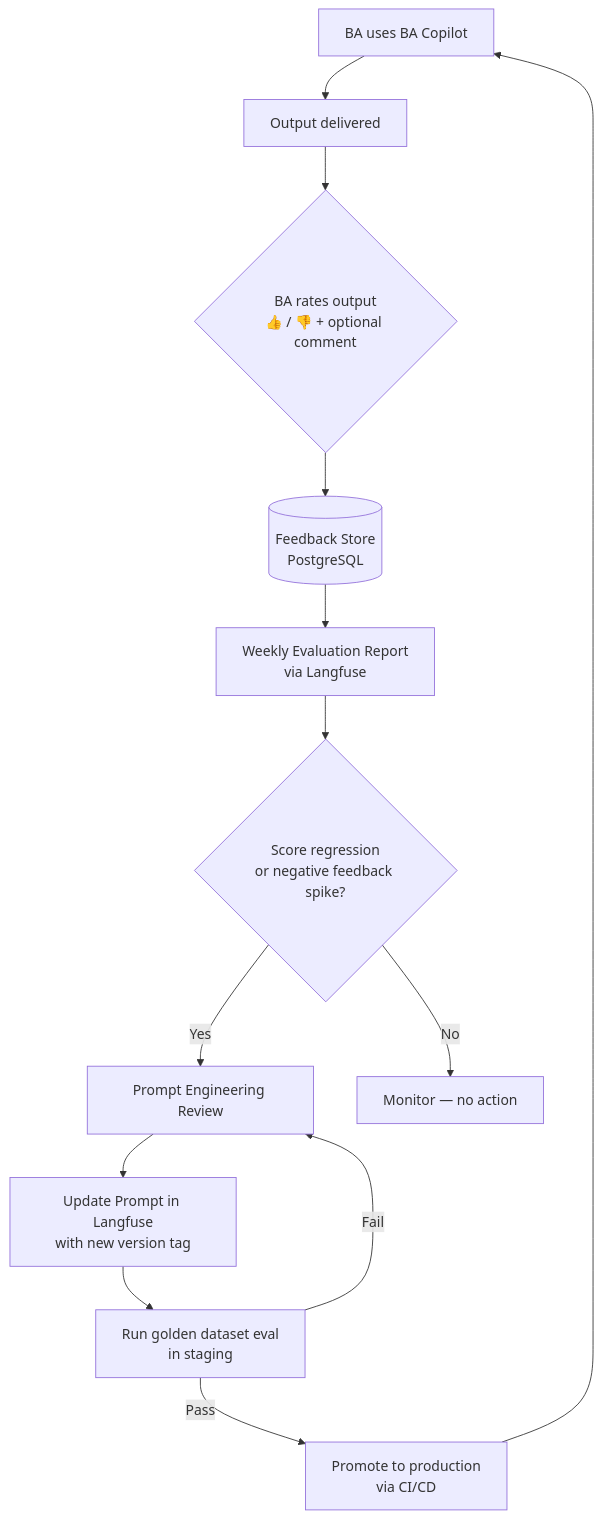
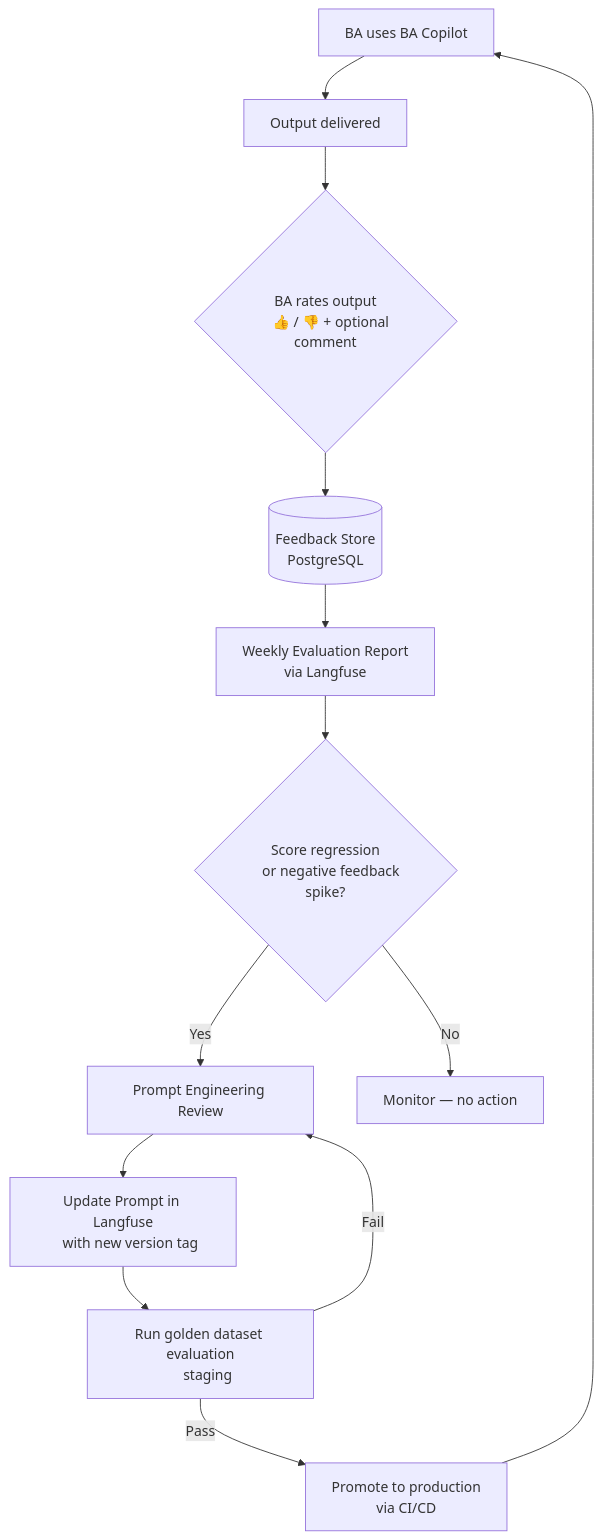
Before and after one commit to hunsnowboarder/ApPello_GenAI_assignment: the seventh of 12 diagrams in Task_A.md, drawn with Mermaid. The commit also changed other lines of this file, not shown here.

````diff
--- a/Task_A.md
+++ b/Task_A.md
@@ -350,15 +350,22 @@
 ```mermaid
 flowchart TD
     A[BA uses BA Copilot] --> B[Output delivered]
-    B --> C{BA rates output\n👍 / 👎 + optional comment}
-    C --> D[(Feedback Store\nPostgreSQL)]
-    D --> E[Weekly Evaluation Report\nvia Langfuse]
-    E --> F{Score regression\nor negative feedback spike?}
+    B --> C{BA rates output
+    👍 / 👎 + optional comment}
+    C --> D[(Feedback Store
+    PostgreSQL)]
+    D --> E[Weekly Evaluation Report
+    via Langfuse]
+    E --> F{Score regression
+    or negative feedback spike?}
     F -->|Yes| G[Prompt Engineering Review]
     F -->|No| H[Monitor — no action]
-    G --> I[Update Prompt in Langfuse\nwith new version tag]
-    I --> J[Run golden dataset eval\nin staging]
-    J -->|Pass| K[Promote to production\nvia CI/CD]
+    G --> I[Update Prompt in Langfuse
+    with new version tag]
+    I --> J[Run golden dataset evaluation
+    staging]
+    J -->|Pass| K[Promote to production
+    via CI/CD]
     J -->|Fail| G
     K --> A
 ```
````
